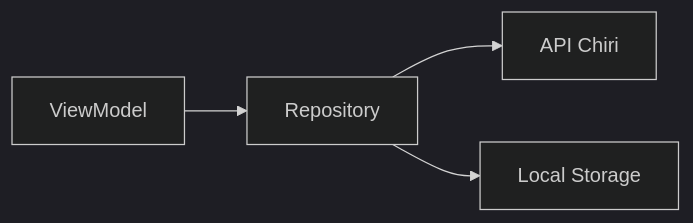
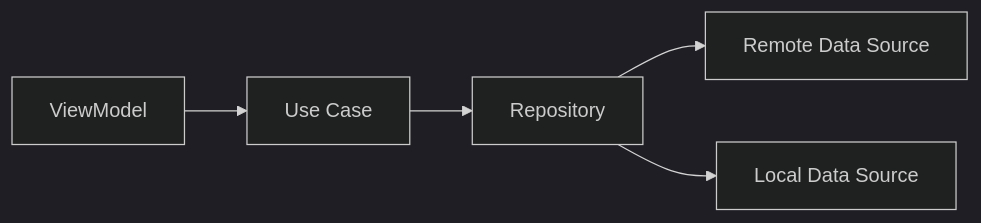
The third of 21 diagrams in docs/040_Android.md (chirijose79-ui/Chiri), drawn with Mermaid (dark theme) before and after one commit. The commit also changed other lines of this file, not shown here.

Commit message:
docs(android): finalize android architecture

````diff
--- a/docs/040_Android.md
+++ b/docs/040_Android.md
@@ -310,18 +330,20 @@
-```mermaid id="8m5q1v"
+```mermaid
 flowchart LR
 
     ViewModel["ViewModel"]
 
+    UseCase["Use Case"]
+
     Repository["Repository"]
 
-    Remote["API Chiri"]
+    Remote["Remote Data Source"]
 
-    Local["Local Storage"]
+    Local["Local Data Source"]
 
 
-    ViewModel --> Repository
+    ViewModel --> UseCase
+    UseCase --> Repository
 
     Repository --> Remote
-
     Repository --> Local
 ```
````
